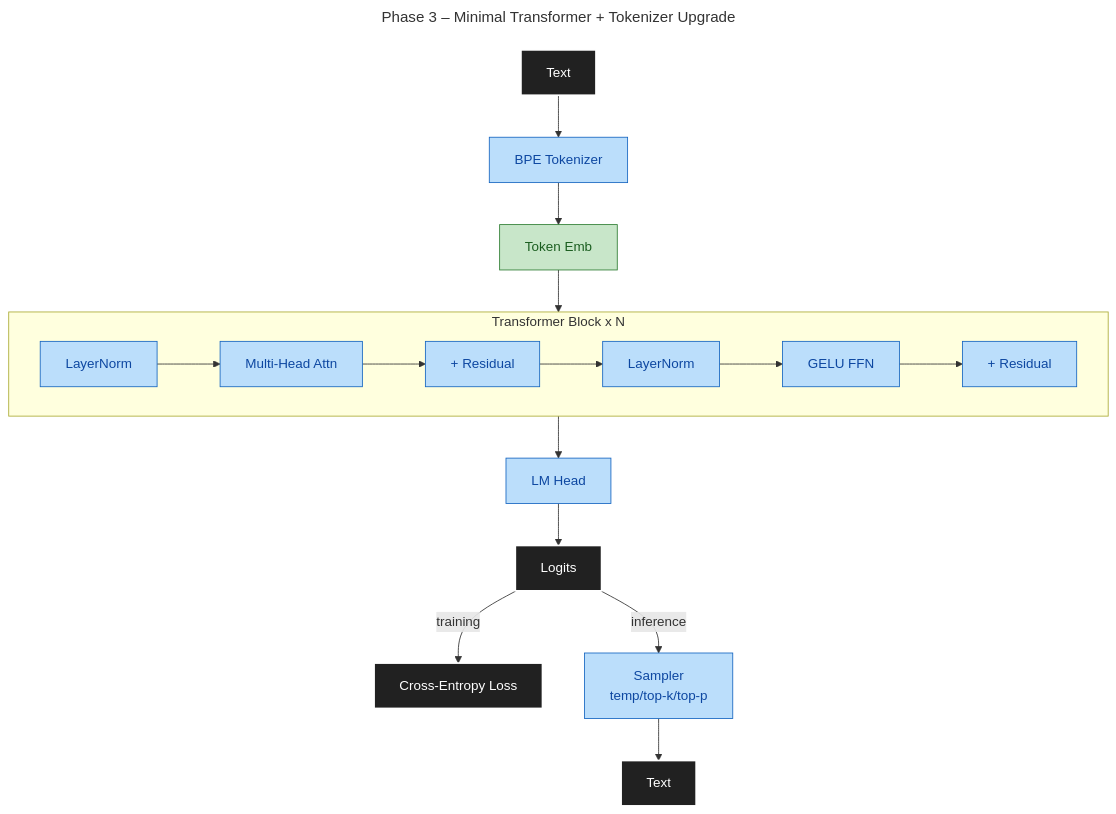
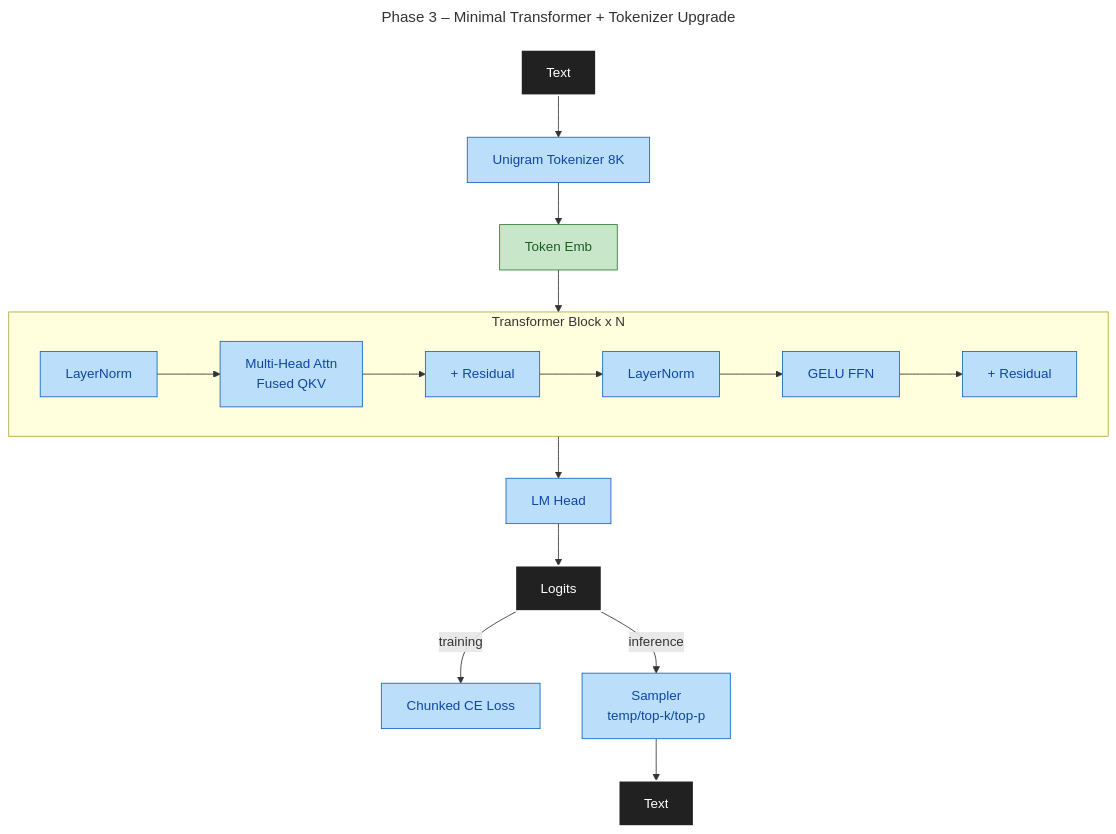
The second of 7 diagrams in docs/DESIGN.md (maxjbarfuss/max_llm), drawn with Mermaid before and after one commit. The commit also changed other lines of this file and 5 other files, not shown here.

````diff
--- a/docs/DESIGN.md
+++ b/docs/DESIGN.md
@@ -49,17 +49,17 @@
 ```mermaid
 ---
 title: Phase 3 – Minimal Transformer + Tokenizer Upgrade
 ---
 graph TD
-    A[Text]:::io --> B[BPE Tokenizer]:::p3 --> C[Token Emb]:::p2 --> Block
+    A[Text]:::io --> B[Unigram Tokenizer 8K]:::p3 --> C[Token Emb]:::p2 --> Block
     subgraph Block[Transformer Block x N]
         direction LR
-        D[LayerNorm]:::p3 --> E[Multi-Head Attn]:::p3 --> F[+ Residual]:::p3 --> G[LayerNorm]:::p3 --> H[GELU FFN]:::p3 --> I[+ Residual]:::p3
+        D[LayerNorm]:::p3 --> E[Multi-Head Attn<br/>Fused QKV]:::p3 --> F[+ Residual]:::p3 --> G[LayerNorm]:::p3 --> H[GELU FFN]:::p3 --> I[+ Residual]:::p3
     end
     Block --> J[LM Head]:::p3 --> K[Logits]:::io
-    K -->|training| L[Cross-Entropy Loss]:::io
+    K -->|training| L[Chunked CE Loss]:::p3
     K -->|inference| M[Sampler<br/>temp/top-k/top-p]:::p3 --> N[Text]:::io
     classDef io fill:#212121,stroke:#FFFFFF,color:#FFFFFF,stroke-width:2px
     classDef p2 fill:#C8E6C9,stroke:#2E7D32,color:#1B5E20
     classDef p3 fill:#BBDEFB,stroke:#1565C0,color:#0D47A1
 ```
````
